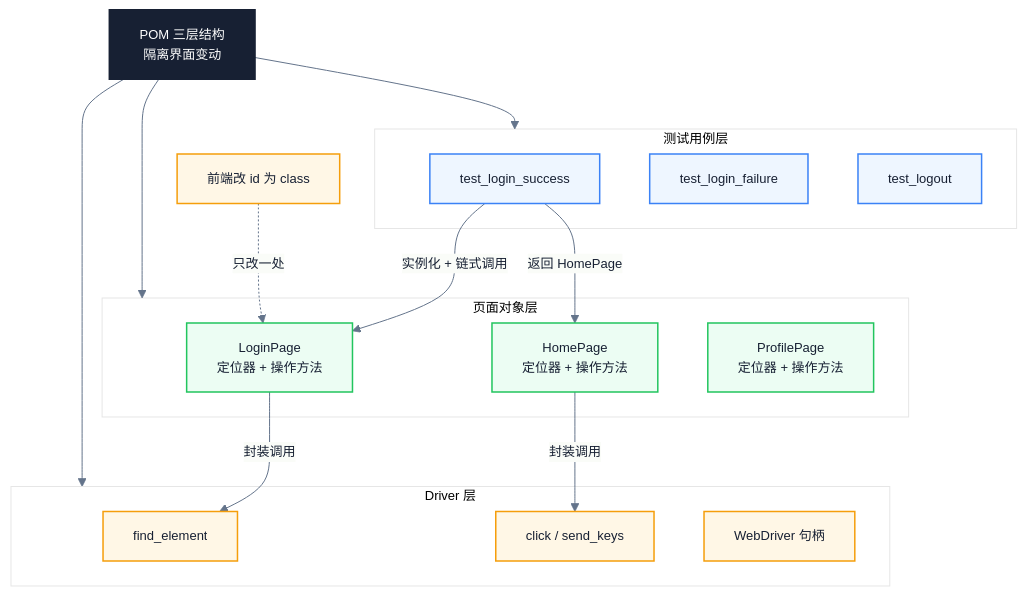
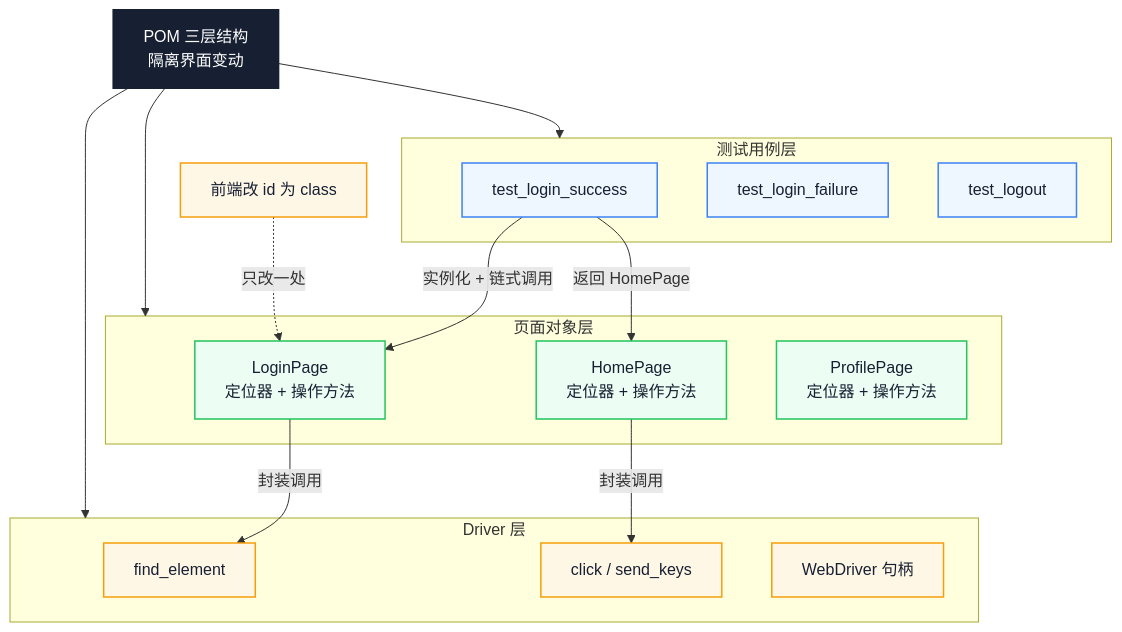
Before and after one commit to Fatejian/frontier-vault: the second of 4 diagrams in docs/testing/python-automation-testing-core-concepts.md, drawn with Mermaid. The commit also changed other lines of this file and 41 other files, not shown here.

````diff
--- a/docs/testing/python-automation-testing-core-concepts.md
+++ b/docs/testing/python-automation-testing-core-concepts.md
@@ -218,45 +213,44 @@
 ```mermaid
-%%{init: {'theme': 'base', 'themeVariables': {'fontFamily': 'Inter, PingFang SC, Microsoft YaHei, sans-serif', 'primaryColor': '#F8FAFC', 'primaryTextColor': '#172033', 'primaryBorderColor': '#CBD5E1', 'lineColor': '#64748B', 'fontSize': '13px'}}}%%
 flowchart TB
     Core["POM 三层结构<br/>隔离界面变动"]
 
     subgraph Layer1["测试用例层"]
         T1["test_login_success"]
         T2["test_login_failure"]
         T3["test_logout"]
     end
 
     subgraph Layer2["页面对象层"]
         P1["LoginPage<br/>定位器 + 操作方法"]
         P2["HomePage<br/>定位器 + 操作方法"]
         P3["ProfilePage<br/>定位器 + 操作方法"]
     end
 
     subgraph Layer3["Driver 层"]
         D1["find_element"]
         D2["click / send_keys"]
         D3["WebDriver 句柄"]
     end
 
     Core --> Layer1
     Core --> Layer2
     Core --> Layer3
 
     T1 -->|"实例化 + 链式调用"| P1
     T1 -->|"返回 HomePage"| P2
     P1 -->|"封装调用"| D1
     P2 -->|"封装调用"| D2
 
     Change["前端改 id 为 class"] -.->|"只改一处"| P1
 
     classDef core fill:#172033,color:#fff,stroke:#172033,stroke-width:2px
     classDef work fill:#ECFDF3,stroke:#22C55E,color:#172033,stroke-width:1.5px
     classDef wait fill:#EEF6FF,stroke:#3B82F6,color:#172033,stroke-width:1.5px
     classDef block fill:#FFF7E6,stroke:#F59E0B,color:#172033,stroke-width:1.5px
 
     class Core core
     class T1,T2,T3 wait
     class P1,P2,P3 work
     class D1,D2,D3 block
     class Change block
 ```
````
